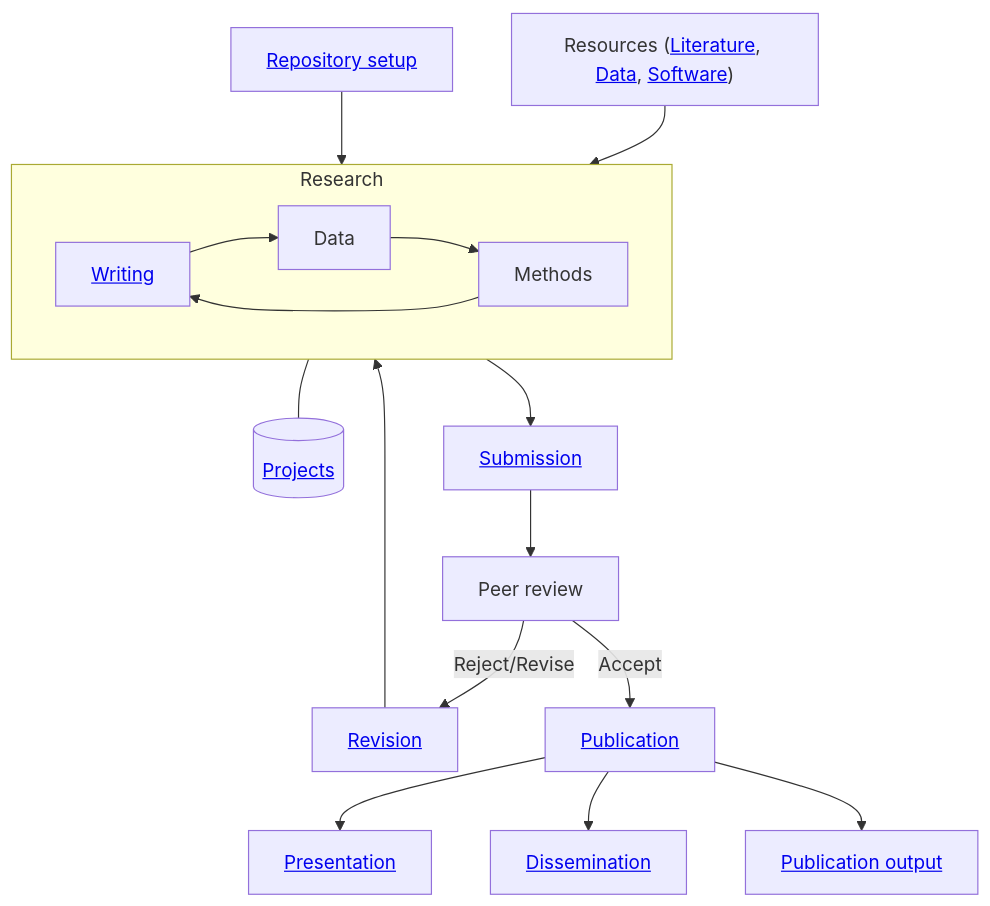
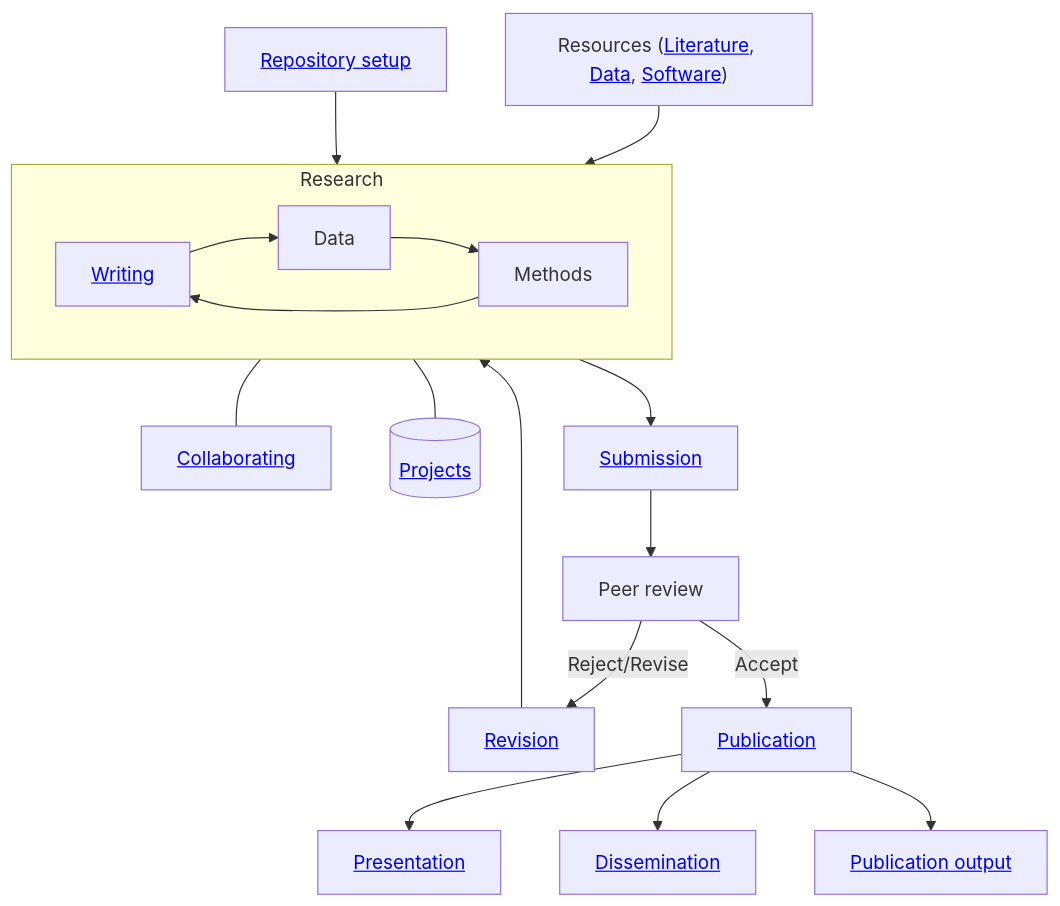
Before and after one commit to digital-work-lab/handbook: the diagram in docs/20-research/index.md, drawn with Mermaid. The commit also changed 4 other files, not shown here.

Commit message:
reorganize repo setup/collaborating

````diff
--- a/docs/20-research/index.md
+++ b/docs/20-research/index.md
@@ -13,25 +13,26 @@
 ```mermaid
 flowchart TB
 
     subgraph Research
         Writing["<a href='20_processes/20.29.writing.html'>Writing</a>"] --> Data
         Methods --> Writing
         Data --> Methods
     end
 
+    Research --- Collaborating["<a href='20_processes/20.16.collaboration.html'>Collaborating</a>"]
     Projects[("<a href='25-projects.html'>Projects</a>")]
     Research --- Projects
 
     Resources["Resources (<a href='22-literature.html'>Literature</a>, <a href='23-data.html'>Data</a>, <a href='24-software.html'>Software</a>)"] --> Research
-    Setup["<a href='20_processes/20.20.paper-templates.html#setup'>Repository setup</a>"] --> Research
+    Setup["<a href='20_processes/20.15.repo-setup.html'>Repository setup</a>"] --> Research
     Research --> Submission["<a href='20_processes/20.30.pre-submission.html'>Submission</a>"]
     Submission --> Review[Peer review]
     Review -->|Reject/Revise| Revise["<a href='20_processes/20.32.revision.html'>Revision</a>"]
     Revise --> Research
     
     Review -->|Accept| Publication["<a href='20_processes/20.33.publication.html'>Publication</a>"]
     Publication --> Presentation["<a href='20_processes/20.28.presentation.html'>Presentation</a>"]
     Publication --> Dissemination["<a href='20_processes/20.34.dissemination.html'>Dissemination</a>"]
     Publication --> PublicationOutput["<a href='29-publications.html'>Publication output</a>"]
 
 ```
````
